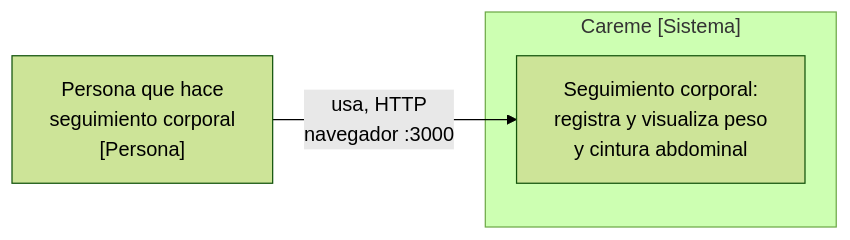
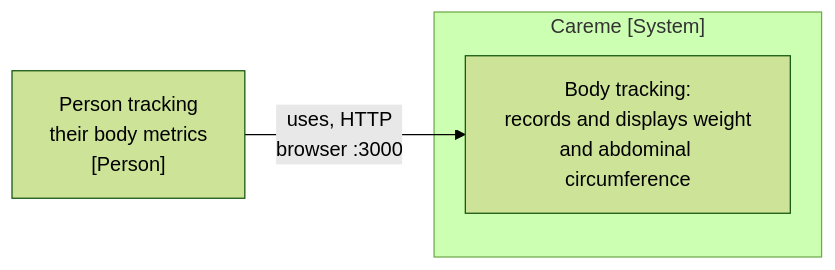
Before and after one commit to devmauriciopineda/careme: the first of 4 diagrams in docs/architecture.md, drawn with Mermaid (forest theme). The commit also changed other lines of this file and 46 other files, not shown here.

````diff
--- a/docs/architecture.md
+++ b/docs/architecture.md
@@ -54,8 +53,8 @@
 ```mermaid
 flowchart LR
-    persona["Persona que hace<br/>seguimiento corporal<br/>[Persona]"]
-    subgraph careme["Careme [Sistema]"]
-        app["Seguimiento corporal:<br/>registra y visualiza peso<br/>y cintura abdominal"]
+    person["Person tracking<br/>their body metrics<br/>[Person]"]
+    subgraph careme["Careme [System]"]
+        app["Body tracking:<br/>records and displays weight<br/>and abdominal circumference"]
     end
-    persona -->|"usa, HTTP<br/>navegador :3000"| app
+    person -->|"uses, HTTP<br/>browser :3000"| app
 ```
````
